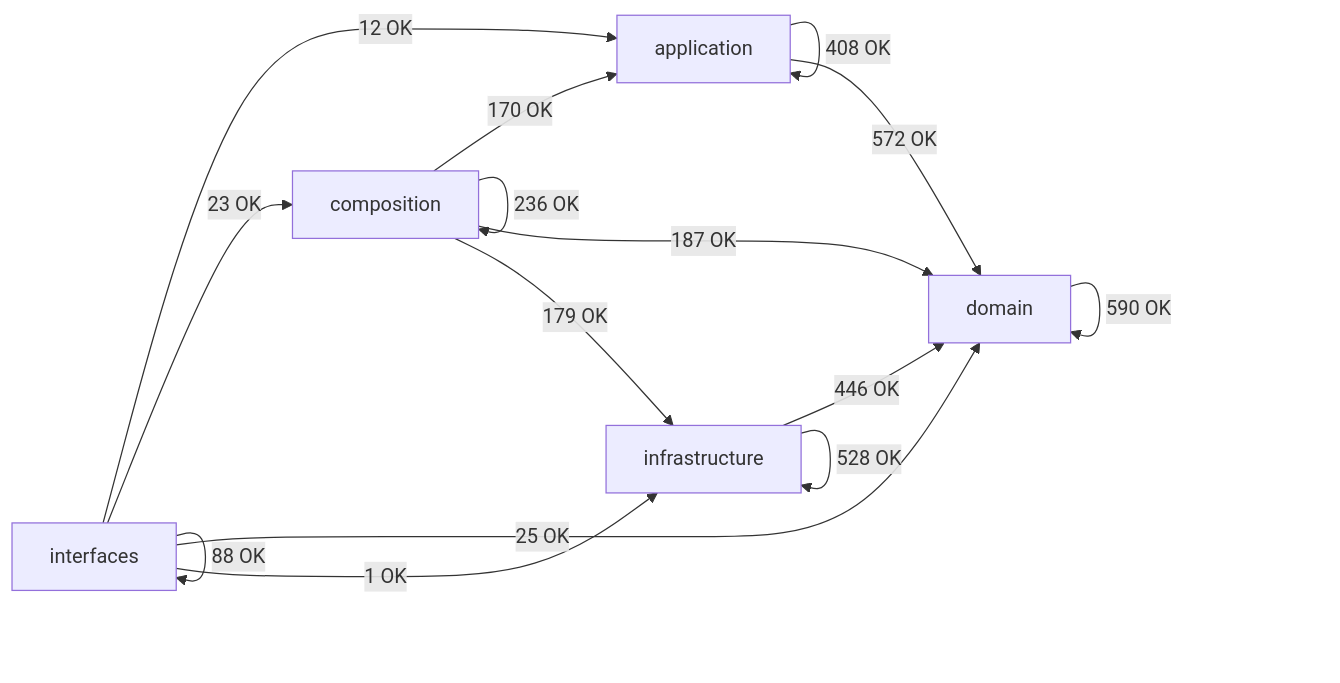
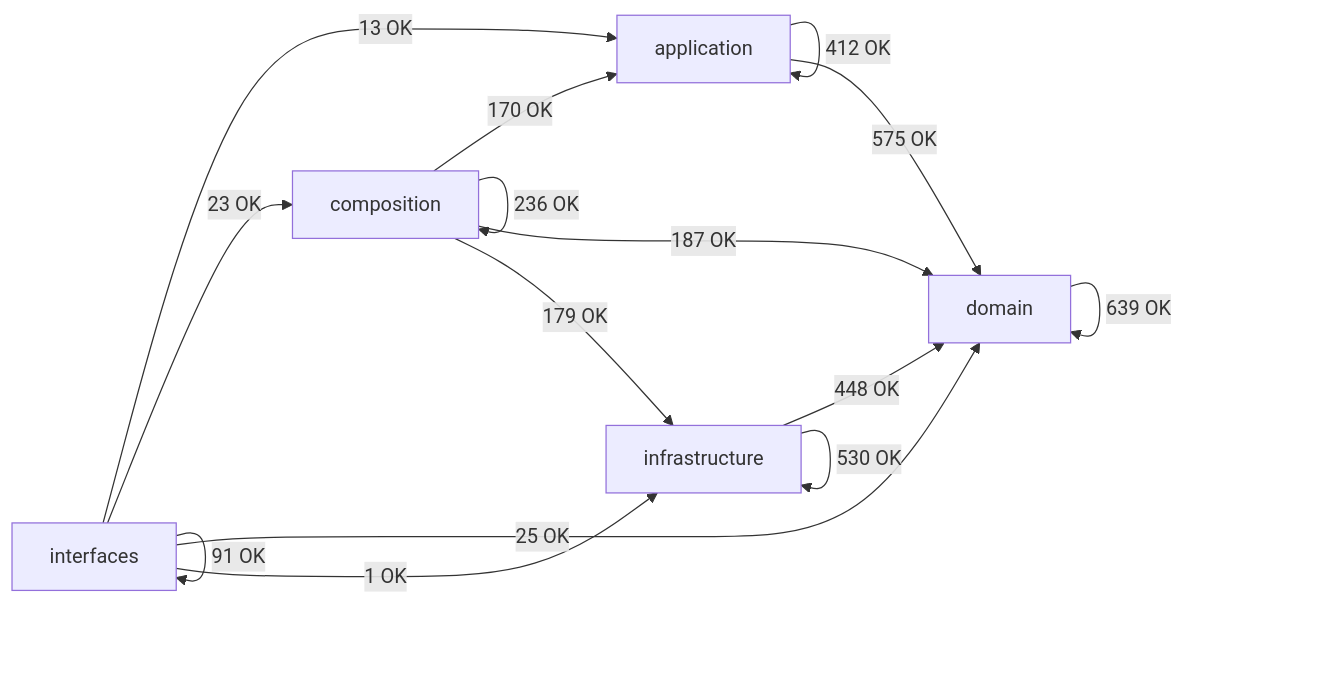
The diagram in docs/02-architecture/generated/module-dependency-map.md (SatoryKono/BioactivityDataAcquisition), drawn with Mermaid before and after one commit. The commit also changed other lines of this file and 29 other files, not shown here.

First line of the commit message:
refactor(metrics): reduce size and complexity of architecture metric exemptions configuration

````diff
--- a/docs/02-architecture/generated/module-dependency-map.md
+++ b/docs/02-architecture/generated/module-dependency-map.md
@@ -15,22 +15,22 @@
 ```mermaid
 flowchart LR
     domain[domain]
     application[application]
     infrastructure[infrastructure]
     composition[composition]
     interfaces[interfaces]
-    application -->|408 OK| application
-    application -->|572 OK| domain
+    application -->|412 OK| application
+    application -->|575 OK| domain
     composition -->|170 OK| application
     composition -->|236 OK| composition
     composition -->|187 OK| domain
     composition -->|179 OK| infrastructure
-    domain -->|590 OK| domain
-    infrastructure -->|446 OK| domain
-    infrastructure -->|528 OK| infrastructure
-    interfaces -->|12 OK| application
+    domain -->|639 OK| domain
+    infrastructure -->|448 OK| domain
+    infrastructure -->|530 OK| infrastructure
+    interfaces -->|13 OK| application
     interfaces -->|23 OK| composition
     interfaces -->|25 OK| domain
     interfaces -->|1 OK| infrastructure
-    interfaces -->|88 OK| interfaces
+    interfaces -->|91 OK| interfaces
 ```
````
